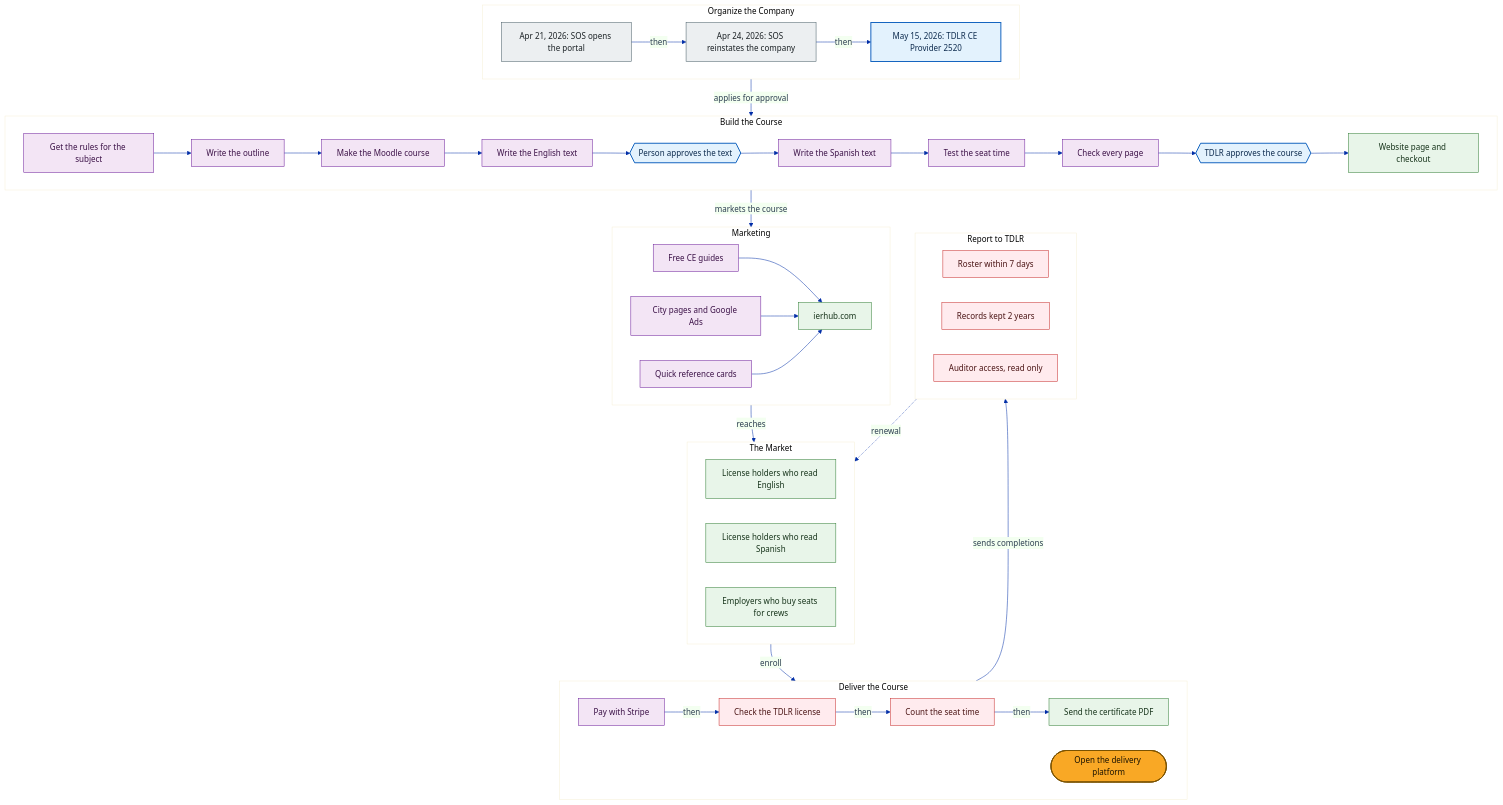
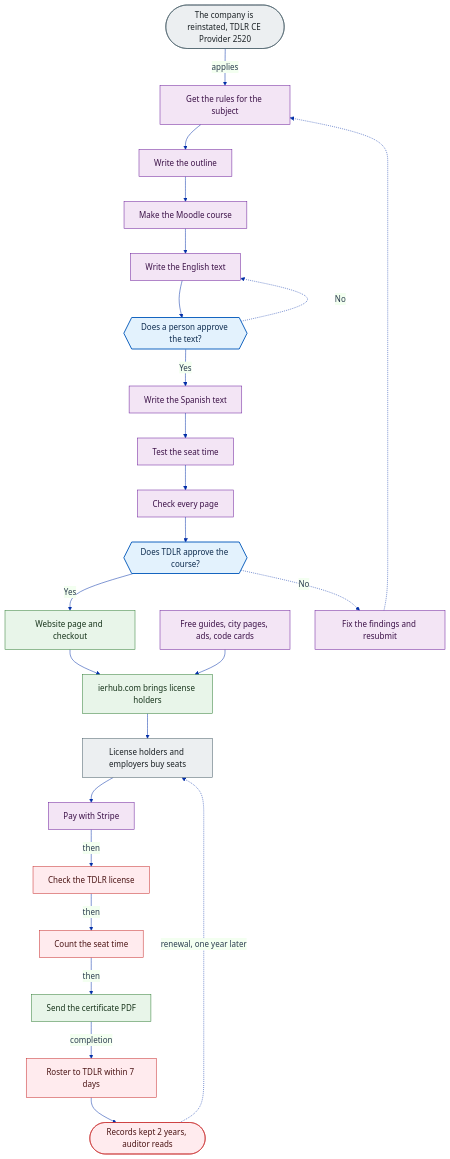
One commit to mmentzerhernandez/global_experience changed the diagram in diagrams/business-overview.mmd. Above: the diagram before and after it, drawn with Mermaid. The commit also changed 4 other files, not shown here.

```diff
--- a/diagrams/business-overview.mmd
+++ b/diagrams/business-overview.mmd
@@ -1,85 +1,53 @@
 ---
 config:
   theme: base
   themeVariables:
     primaryColor: "#f0f3ff"
     primaryBorderColor: "#002fa7"
     primaryTextColor: "#2c3e50"
     lineColor: "#002fa7"
     fontFamily: "-apple-system,BlinkMacSystemFont,Segoe UI,Roboto,sans-serif"
 ---
 flowchart TD
-    subgraph g_found["Organize the Company"]
-        direction LR
-        n1["Apr 21, 2026: SOS opens the portal"]:::found
-        n2["Apr 24, 2026: SOS reinstates the company"]:::found
-        n3["May 15, 2026: TDLR CE Provider 2520"]:::gov
-        n1 -->|"then"| n2 -->|"then"| n3
-    end
+    n0(["The company is reinstated, TDLR CE Provider 2520"]):::found
+    bA["Get the rules for the subject"]:::work
+    bB["Write the outline"]:::work
+    bC["Make the Moodle course"]:::work
+    bD["Write the English text"]:::work
+    bG1{{"Does a person approve the text?"}}:::gov
+    bE["Write the Spanish text"]:::work
+    bF["Test the seat time"]:::work
+    bG["Check every page"]:::work
+    bH{{"Does TDLR approve the course?"}}:::gov
+    bI["Website page and checkout"]:::served
+    m1["Free guides, city pages, ads, code cards"]:::work
+    m4["ierhub.com brings license holders"]:::served
+    k1["License holders and employers buy seats"]:::found
+    d1["Pay with Stripe"]:::work
+    d2["Check the TDLR license"]:::comply
+    d3["Count the seat time"]:::comply
+    d4["Send the certificate PDF"]:::served
+    c1["Roster to TDLR within 7 days"]:::comply
+    c2(["Records kept 2 years, auditor reads"]):::comply
 
-    subgraph g_build["Build the Course"]
-        direction LR
-        bA["Get the rules for the subject"]:::work
-        bB["Write the outline"]:::work
-        bC["Make the Moodle course"]:::work
-        bD["Write the English text"]:::work
-        bG1{{"Person approves the text"}}:::gov
-        bE["Write the Spanish text"]:::work
-        bF["Test the seat time"]:::work
-        bG["Check every page"]:::work
-        bH{{"TDLR approves the course"}}:::gov
-        bI["Website page and checkout"]:::served
-        bA --> bB --> bC --> bD --> bG1 --> bE --> bF --> bG --> bH --> bI
-    end
-
-    subgraph g_marketing["Marketing"]
-        direction LR
-        m1["Free CE guides"]:::work
-        m2["City pages and Google Ads"]:::work
-        m3["Quick reference cards"]:::work
-        m4["ierhub.com"]:::served
-        m1 --> m4
-        m2 --> m4
-        m3 --> m4
-    end
-
-    subgraph g_market["The Market"]
-        direction LR
-        k1["License holders who read English"]:::served
-        k2["License holders who read Spanish"]:::served
-        k3["Employers who buy seats for crews"]:::served
-    end
-
-    subgraph g_delivery["Deliver the Course"]
-        direction LR
-        d1["Pay with Stripe"]:::work
-        d2["Check the TDLR license"]:::comply
-        d3["Count the seat time"]:::comply
-        d4["Send the certificate PDF"]:::served
-        d1 -->|"then"| d2 -->|"then"| d3 -->|"then"| d4
-        DRILLDELIV(["Open the delivery platform"]):::drill
-    end
-
-    subgraph g_compliance["Report to TDLR"]
-        direction LR
-        c1["Roster within 7 days"]:::comply
-        c2["Records kept 2 years"]:::comply
-        c3["Auditor access, read only"]:::comply
-    end
-
-    g_found -->|"applies for approval"| g_build
-    g_build -->|"markets the course"| g_marketing
-    g_marketing -->|"reaches"| g_market
-    g_market -->|"enroll"| g_delivery
-    g_delivery -->|"sends completions"| g_compliance
-    g_compliance -.->|"renewal"| g_market
+    n0 -->|"applies"| bA --> bB --> bC --> bD --> bG1
+    bG1 -->|"Yes"| bE
+    bG1 -.->|"No"| bD
+    bE --> bF --> bG --> bH
+    bH -->|"Yes"| bI
+    bH -.->|"No"| fx["Fix the findings and resubmit"]:::work
+    fx -.-> bA
+    bI --> m4
+    m1 --> m4
+    m4 --> k1 --> d1 -->|"then"| d2 -->|"then"| d3 -->|"then"| d4
+    d4 -->|"completion"| c1 --> c2
+    c2 -.->|"renewal, one year later"| k1
 
     click bD href "#session-pipeline"
-    click DRILLDELIV href "#tx4hrce-delivery"
 
     classDef found fill:#ECEFF1,stroke:#455A64,color:#1A2024
     classDef gov fill:#E3F2FD,stroke:#1565C0,color:#0D2B4E,stroke-width:2px
     classDef work fill:#F3E5F5,stroke:#6A1B9A,color:#3B1147
     classDef served fill:#E8F5E9,stroke:#2E7D32,color:#16331A
     classDef comply fill:#FFEBEE,stroke:#C62828,color:#4A1414
     classDef drill fill:#F9A825,stroke:#7A5200,color:#1A1200,stroke-width:2px
```
